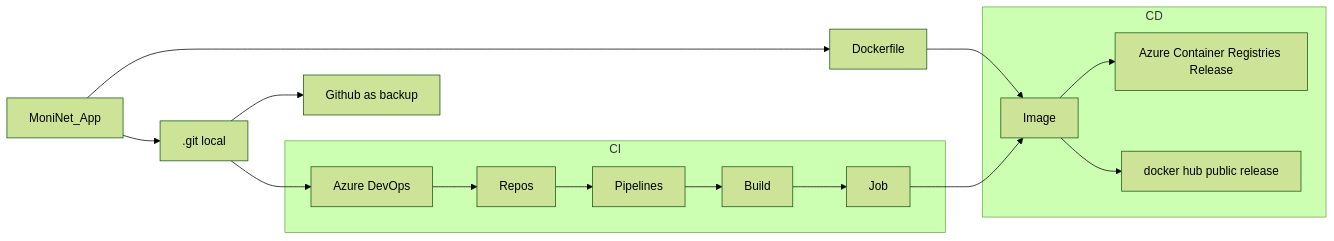
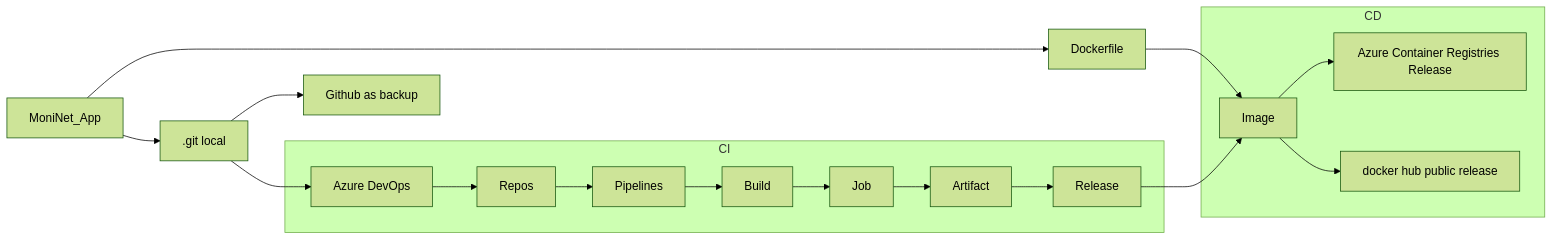
The diagram in README.md (DanyAAD90/Moninet), drawn with Mermaid (forest theme) before and after one commit.

Commit message:
release1.0

````diff
--- a/README.md
+++ b/README.md
@@ -6,19 +6,21 @@
 ```mermaid
 flowchart LR
 A[MoniNet_App] --> B[.git local]
 B --> C[Azure DevOps]
 B --> D[Github as backup]
 subgraph CI
 C --> E[Repos]
 E --> F[Pipelines]
 F --> J[Build]
 J --> K[Job]
+K --> M[Artifact]
+M --> N[Release]
 end
 A --> G[Dockerfile]
 G --> H[Image]
 subgraph CD
 H --> I[Azure Container Registries Release]
 H --> L[docker hub public release]
 end
-K --> H
+N --> H
 ```
````
